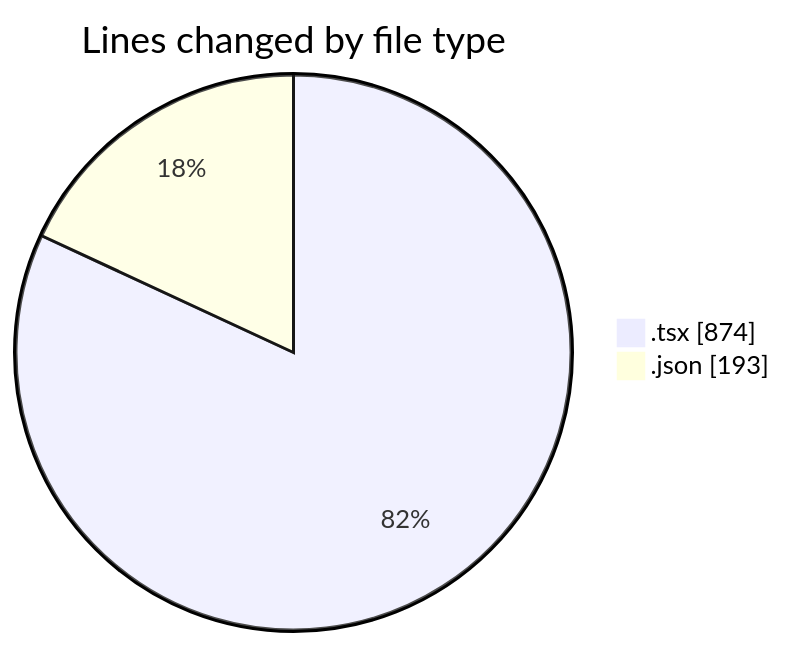
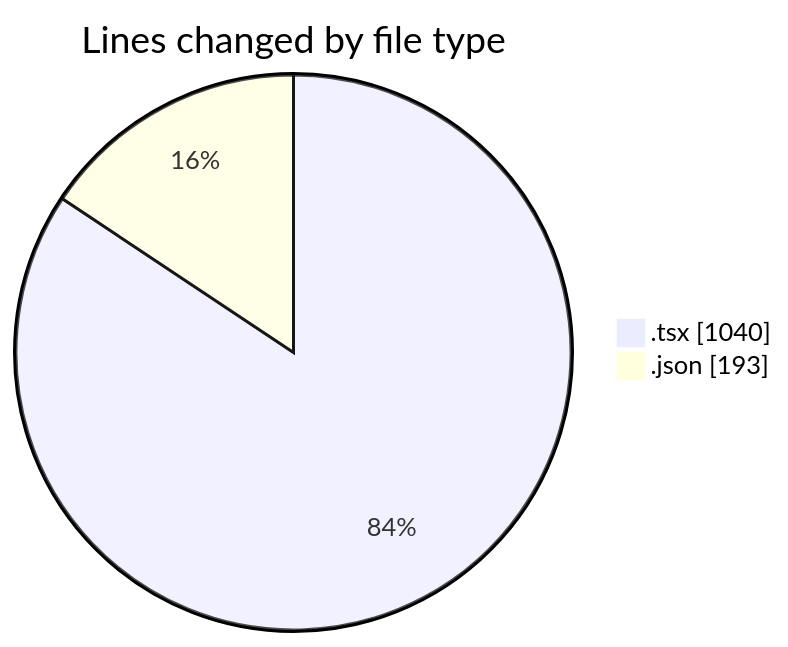
The first of 2 diagrams in 2025-05-08/niten/README.md (Elitesun/code-tracking), drawn with Mermaid before and after one commit. The commit also changed other lines of this file and 1 other file, not shown here.

````diff
--- a/2025-05-08/niten/README.md
+++ b/2025-05-08/niten/README.md
@@ -25,6 +26,6 @@
 ```mermaid
 pie showData
 title Lines changed by file type
-".tsx" : 874
+".tsx" : 1040
 ".json" : 193
 ```
````
